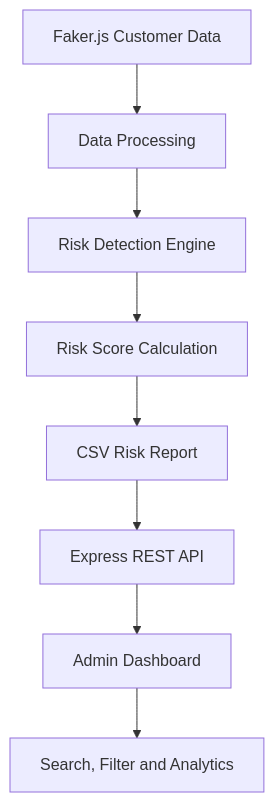
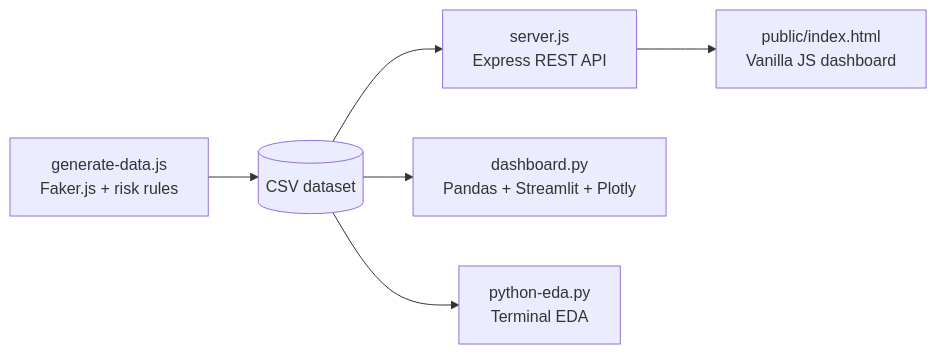
Before and after one commit to MaryamTariq-1/riskguard-fraud-detection-: the diagram in README.md, drawn with Mermaid. The commit also changed other lines of this file and 3 other files, not shown here.

````diff
--- a/README.md
+++ b/README.md
@@ -40,10 +31,8 @@
 ```mermaid
-flowchart TD
-    A[Faker.js Customer Data] --> B[Data Processing]
-    B --> C[Risk Detection Engine]
-    C --> D[Risk Score Calculation]
-    D --> E[CSV Risk Report]
-    E --> F[Express REST API]
-    F --> G[Admin Dashboard]
-    G --> H[Search, Filter and Analytics]
+flowchart LR
+    A[generate-data.js<br/>Faker.js + risk rules] --> B[(CSV dataset)]
+    B --> C[server.js<br/>Express REST API]
+    C --> D[public/index.html<br/>Vanilla JS dashboard]
+    B --> E[dashboard.py<br/>Pandas + Streamlit + Plotly]
+    B --> F[python-eda.py<br/>Terminal EDA]
 ```
````
